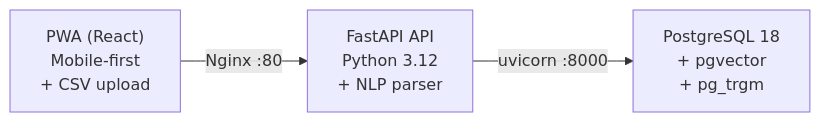
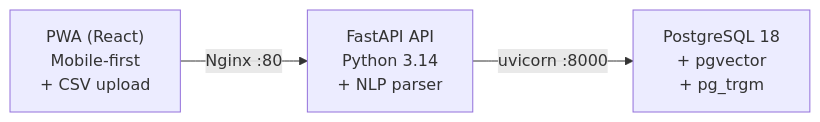
The diagram in README.md (voregnev/sinodik), drawn with Mermaid before and after one commit. The commit also changed other lines of this file and 3 other files, not shown here.

````diff
--- a/README.md
+++ b/README.md
@@ -7,5 +7,5 @@
 ```mermaid
 graph LR
-    A["PWA (React)<br/>Mobile-first<br/>+ CSV upload"] -->|Nginx :80| B["FastAPI API<br/>Python 3.12<br/>+ NLP parser"]
+    A["PWA (React)<br/>Mobile-first<br/>+ CSV upload"] -->|Nginx :80| B["FastAPI API<br/>Python 3.14<br/>+ NLP parser"]
     B -->|uvicorn :8000| C["PostgreSQL 18<br/>+ pgvector<br/>+ pg_trgm"]
 ```
````
